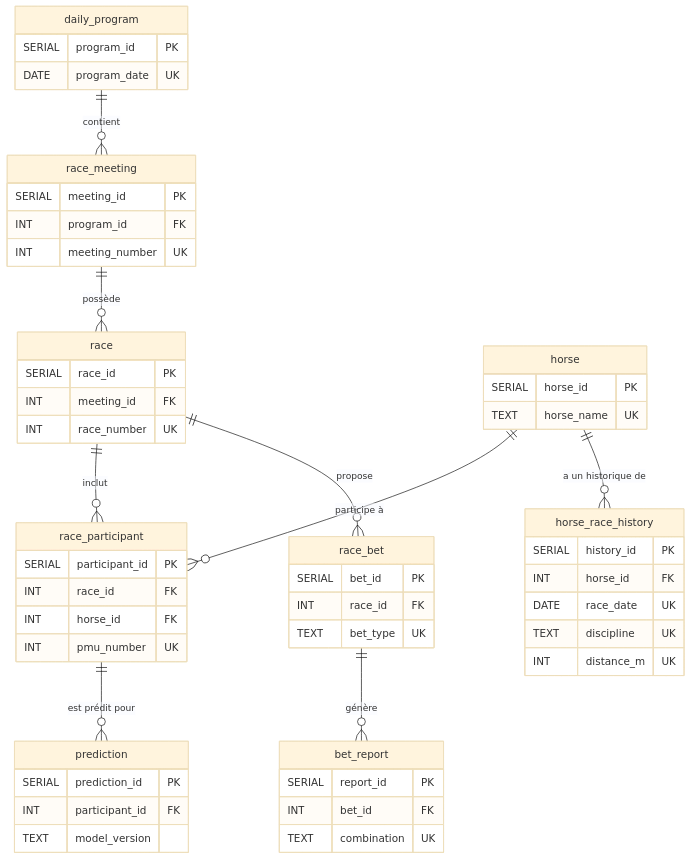
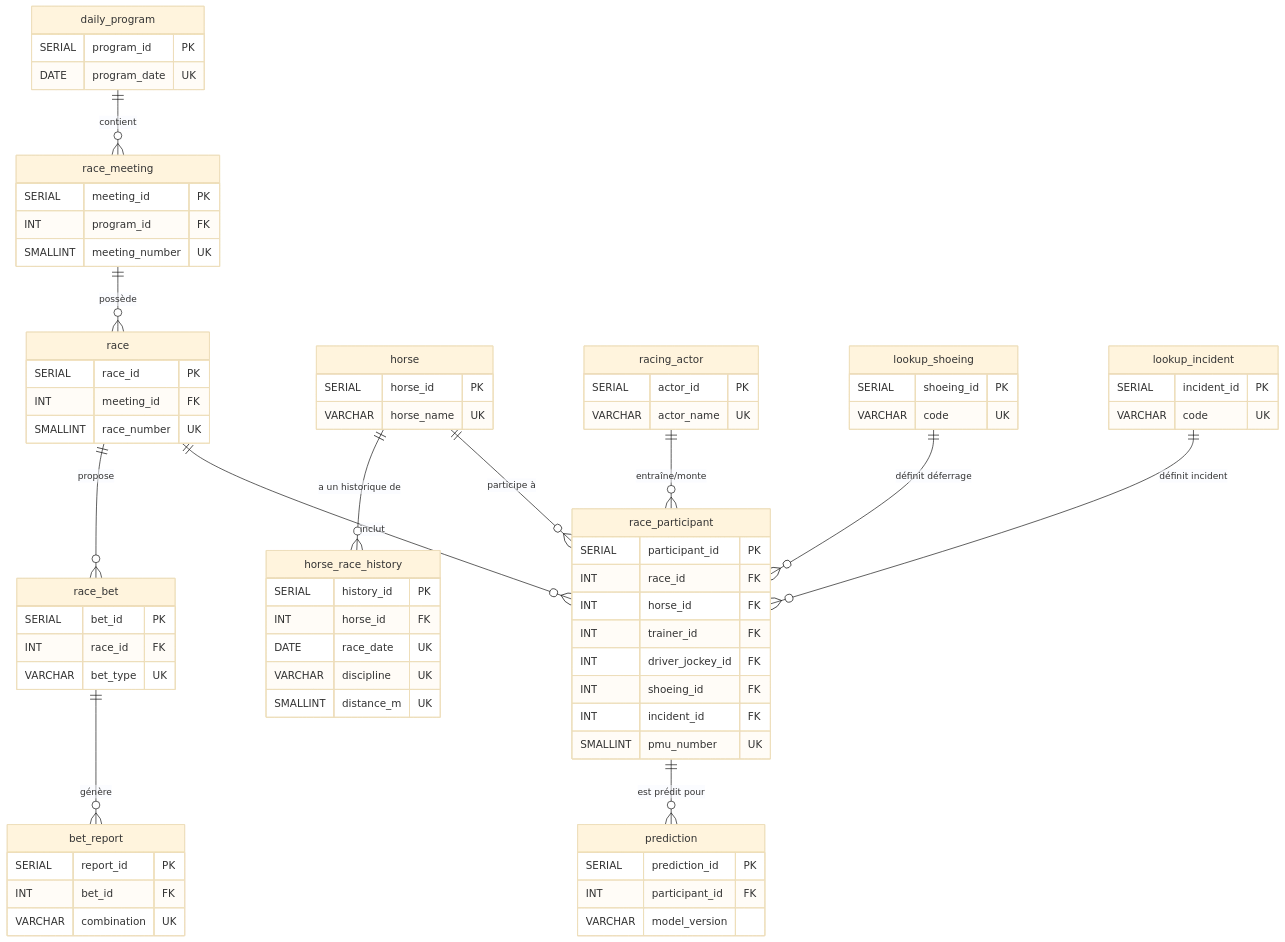
Before and after one commit to mathis-dumont/horse-racing-prediction: the diagram in doc/02_architecture_bdd.md, drawn with Mermaid (base theme). The commit also changed other lines of this file and 11 other files, not shown here.

Commit message:
optimizing scripts and database architecture

````diff
--- a/doc/02_architecture_bdd.md
+++ b/doc/02_architecture_bdd.md
@@ -38,58 +37,77 @@
 ```mermaid
 erDiagram
     daily_program {
         SERIAL program_id PK
         DATE program_date UK
     }
     race_meeting {
         SERIAL meeting_id PK
         INT program_id FK
-        INT meeting_number UK
+        SMALLINT meeting_number UK
     }
     race {
         SERIAL race_id PK
         INT meeting_id FK
-        INT race_number UK
+        SMALLINT race_number UK
     }
     horse {
         SERIAL horse_id PK
-        TEXT horse_name UK
+        VARCHAR horse_name UK
+    }
+    racing_actor {
+        SERIAL actor_id PK
+        VARCHAR actor_name UK
+    }
+    lookup_shoeing {
+        SERIAL shoeing_id PK
+        VARCHAR code UK
+    }
+    lookup_incident {
+        SERIAL incident_id PK
+        VARCHAR code UK
     }
     race_participant {
         SERIAL participant_id PK
         INT race_id FK
         INT horse_id FK
-        INT pmu_number UK
+        INT trainer_id FK
+        INT driver_jockey_id FK
+        INT shoeing_id FK
+        INT incident_id FK
+        SMALLINT pmu_number UK
     }
     horse_race_history {
         SERIAL history_id PK
         INT horse_id FK
         DATE race_date UK
-        TEXT discipline UK
-        INT distance_m UK
+        VARCHAR discipline UK
+        SMALLINT distance_m UK
     }
     race_bet {
         SERIAL bet_id PK
         INT race_id FK
-        TEXT bet_type UK
+        VARCHAR bet_type UK
     }
     bet_report {
         SERIAL report_id PK
         INT bet_id FK
-        TEXT combination UK
+        VARCHAR combination UK
     }
     prediction {
         SERIAL prediction_id PK
         INT participant_id FK
-        TEXT model_version
+        VARCHAR model_version
     }
 
     daily_program ||--o{ race_meeting : "contient"
     race_meeting ||--o{ race : "possède"
     race ||--o{ race_participant : "inclut"
     horse ||--o{ race_participant : "participe à"
+    racing_actor ||--o{ race_participant : "entraîne/monte"
+    lookup_shoeing ||--o{ race_participant : "définit déferrage"
+    lookup_incident ||--o{ race_participant : "définit incident"
     horse ||--o{ horse_race_history : "a un historique de"
     race ||--o{ race_bet : "propose"
     race_bet ||--o{ bet_report : "génère"
     race_participant ||--o{ prediction : "est prédit pour"
 ```
````
